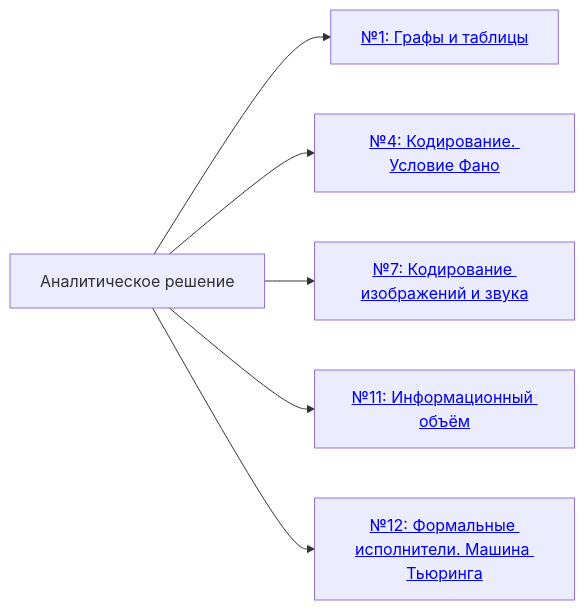
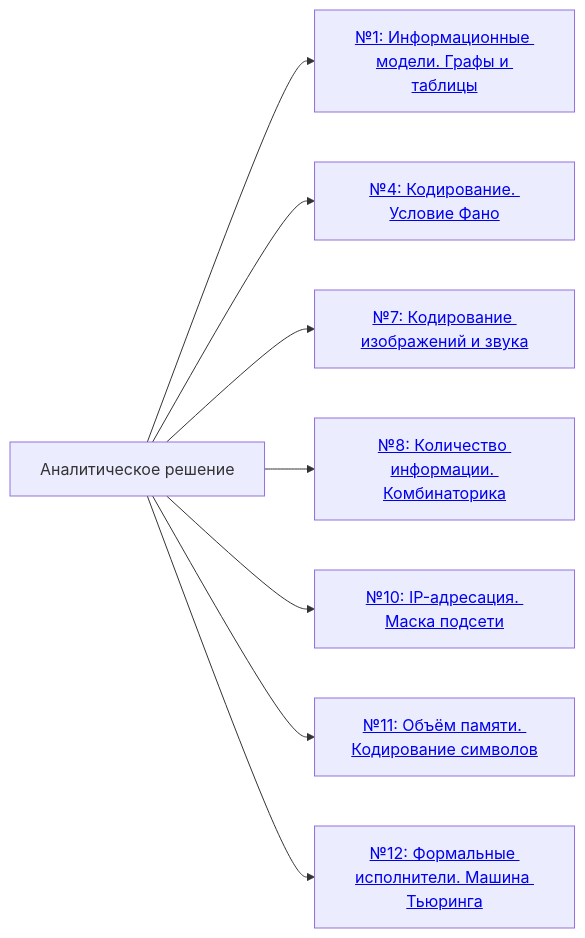
The first of 6 diagrams in README.md (scharfff/spbpu-inf-course), drawn with Mermaid before and after one commit. The commit also changed other lines of this file and 30 other files, not shown here.

````diff
--- a/README.md
+++ b/README.md
@@ -70,15 +69,19 @@
 ```mermaid
 flowchart LR
   T1["Аналитическое решение"]
-  T1 --> T1a["<a href='https://github.com/scharfff/spbpu-inf-course/tree/2026/Задание_1_Графы_и_таблицы'>№1: Графы и таблицы</a>"]
-  T1 --> T1b["<a href='https://github.com/scharfff/spbpu-inf-course/tree/2026/Задание_4_Кодирование_Фано'>№4: Кодирование. Условие Фано</a>"]
-  T1 --> T1c["<a href='https://github.com/scharfff/spbpu-inf-course/tree/2026/Задание_7_Кодирование_информации'>№7: Кодирование изображений и звука</a>"]
-  T1 --> T1d["<a href='https://github.com/scharfff/spbpu-inf-course/tree/2026/Задание_11_Объем_памяти_кодирование'>№11: Информационный объём</a>"]
-  T1 --> T1e["<a href='https://github.com/scharfff/spbpu-inf-course/tree/2026/%D0%97%D0%B0%D0%B4%D0%B0%D0%BD%D0%B8%D0%B5_12_%D0%A0%D0%B5%D0%B4%D0%B0%D0%BA%D1%82%D0%BE%D1%80'>№12: Формальные исполнители. Машина Тьюринга</a>"]
+  T1 --> T1a["<a href='https://github.com/scharfff/spbpu-inf-course/tree/2027/Задание_1_Графы_и_таблицы'>№1: Информационные модели. Графы и таблицы</a>"]
+  T1 --> T1b["<a href='https://github.com/scharfff/spbpu-inf-course/tree/2027/Задание_4_Кодирование_Фано'>№4: Кодирование. Условие Фано</a>"]
+  T1 --> T1c["<a href='https://github.com/scharfff/spbpu-inf-course/tree/2027/Задание_7_Кодирование_информации'>№7: Кодирование изображений и звука</a>"]
+  T1 --> T1d["<a href='https://github.com/scharfff/spbpu-inf-course/tree/2027/Задание_8_Комбинаторика'>№8: Количество информации. Комбинаторика</a>"]
+  T1 --> T1e["<a href='https://github.com/scharfff/spbpu-inf-course/tree/2027/Задание_10_IP_адресация'>№10: IP-адресация. Маска подсети</a>"]
+  T1 --> T1f["<a href='https://github.com/scharfff/spbpu-inf-course/tree/2027/Задание_11_Объем_памяти_кодирование'>№11: Объём памяти. Кодирование символов</a>"]
+  T1 --> T1g["<a href='https://github.com/scharfff/spbpu-inf-course/tree/2027/Задание_12_Редактор'>№12: Формальные исполнители. Машина Тьюринга</a>"]
 
-  click T1a "https://github.com/scharfff/spbpu-inf-course/tree/2026/Задание_1_Графы_и_таблицы"
-  click T1b "https://github.com/scharfff/spbpu-inf-course/tree/2026/Задание_4_Кодирование_Фано"
-  click T1c "https://github.com/scharfff/spbpu-inf-course/tree/2026/Задание_7_Кодирование_информации"
-  click T1d "https://github.com/scharfff/spbpu-inf-course/tree/2026/Задание_11_Объем_памяти_кодирование"
-  click T1e "https://github.com/scharfff/spbpu-inf-course/tree/2026/%D0%97%D0%B0%D0%B4%D0%B0%D0%BD%D0%B8%D0%B5_12_%D0%A0%D0%B5%D0%B4%D0%B0%D0%BA%D1%82%D0%BE%D1%80"
+  click T1a "https://github.com/scharfff/spbpu-inf-course/tree/2027/Задание_1_Графы_и_таблицы"
+  click T1b "https://github.com/scharfff/spbpu-inf-course/tree/2027/Задание_4_Кодирование_Фано"
+  click T1c "https://github.com/scharfff/spbpu-inf-course/tree/2027/Задание_7_Кодирование_информации"
+  click T1d "https://github.com/scharfff/spbpu-inf-course/tree/2027/Задание_8_Комбинаторика"
+  click T1e "https://github.com/scharfff/spbpu-inf-course/tree/2027/Задание_10_IP_адресация"
+  click T1f "https://github.com/scharfff/spbpu-inf-course/tree/2027/Задание_11_Объем_памяти_кодирование"
+  click T1g "https://github.com/scharfff/spbpu-inf-course/tree/2027/Задание_12_Редактор"
 ```
````
